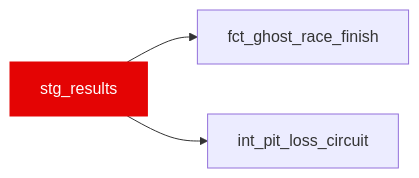
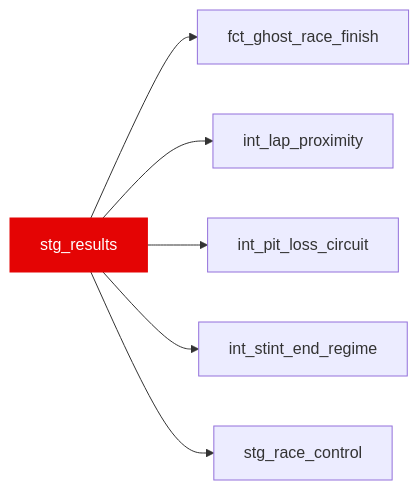
Before and after one commit to JustinClarke/off-the-pace: the diagram in docs/reference/models/stg/stg_results.mdx, drawn with Mermaid. The commit also changed other lines of this file and 91 other files, not shown here.

````diff
--- a/docs/reference/models/stg/stg_results.mdx
+++ b/docs/reference/models/stg/stg_results.mdx
@@ -15,6 +15,9 @@
 ```mermaid
 flowchart LR
   stg_results --> fct_ghost_race_finish
+  stg_results --> int_lap_proximity
   stg_results --> int_pit_loss_circuit
+  stg_results --> int_stint_end_regime
+  stg_results --> stg_race_control
   style stg_results fill:#e40404,stroke:#e40404,color:#fff
 ```
````
